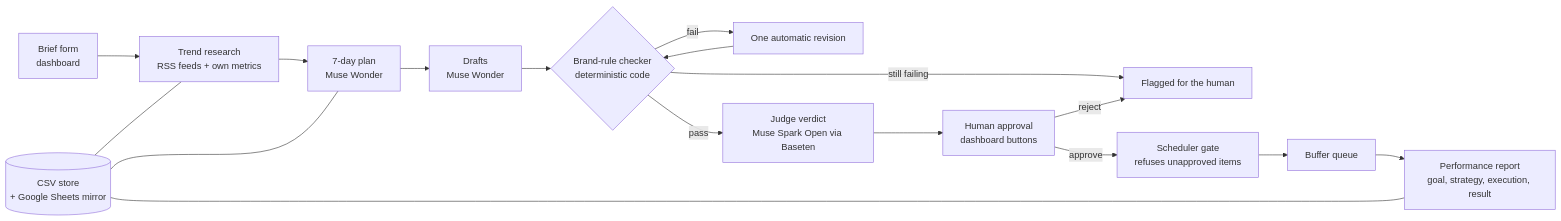
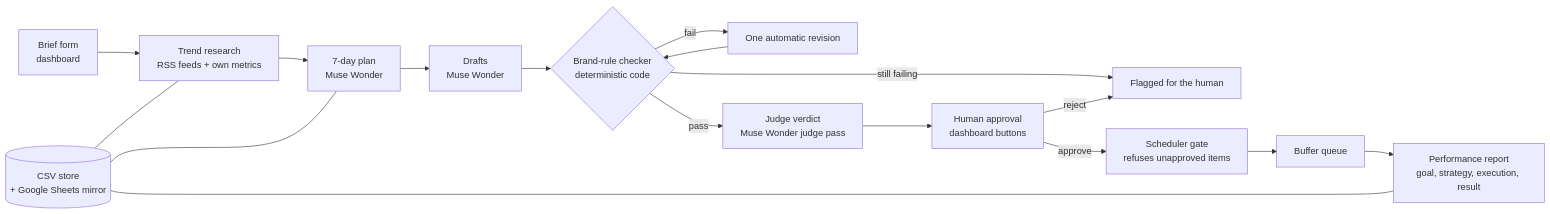
Before and after one commit to ahk1542001-wq/PaCo: the diagram in ARCHITECTURE.md, drawn with Mermaid. The commit also changed other lines of this file, not shown here.

Commit message:
Wonder judge: ARCHITECTURE.md

````diff
--- a/ARCHITECTURE.md
+++ b/ARCHITECTURE.md
@@ -84,19 +84,19 @@
 ```mermaid
 flowchart LR
     A[Brief form<br/>dashboard] --> B[Trend research<br/>RSS feeds + own metrics]
     B --> C[7-day plan<br/>Muse Wonder]
     C --> D[Drafts<br/>Muse Wonder]
     D --> E{Brand-rule checker<br/>deterministic code}
     E -- fail --> F[One automatic revision]
     F --> E
     E -- still failing --> G[Flagged for the human]
-    E -- pass --> H[Judge verdict<br/>Muse Spark Open via Baseten]
+    E -- pass --> H[Judge verdict<br/>Muse Wonder judge pass]
     H --> I[Human approval<br/>dashboard buttons]
     I -- approve --> J[Scheduler gate<br/>refuses unapproved items]
     J --> K[Buffer queue]
     I -- reject --> G
     K --> L[Performance report<br/>goal, strategy, execution, result]
     M[(CSV store<br/>+ Google Sheets mirror)] --- B
     M --- C
     M --- L
 ```
````
